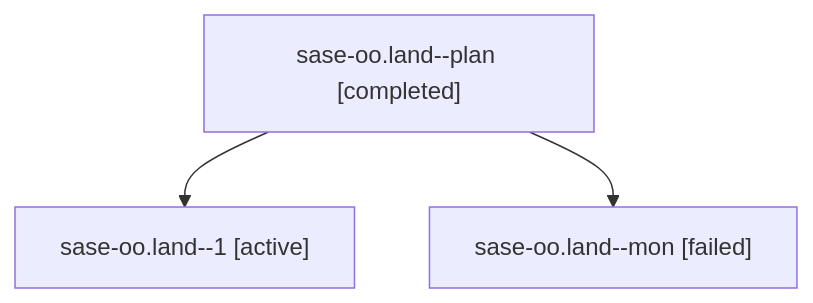
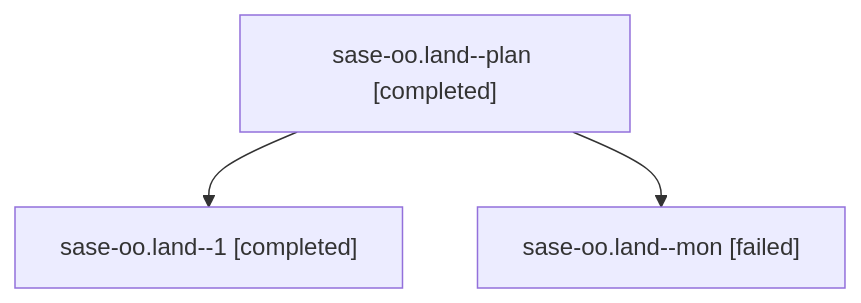
Before and after one commit to sase-org/sase--agents: the diagram in families/bbugyi200.athena.sase-oo.land.md, drawn with Mermaid. The commit also changed other lines of this file and 162 other files, not shown here.

````diff
--- a/families/bbugyi200.athena.sase-oo.land.md
+++ b/families/bbugyi200.athena.sase-oo.land.md
@@ -9,8 +9,8 @@
 ```mermaid
 flowchart TD
   n0["sase-oo.land--plan [completed]"]
-  n1["sase-oo.land--1 [active]"]
+  n1["sase-oo.land--1 [completed]"]
   n0 --> n1
   n2["sase-oo.land--mon [failed]"]
   n0 --> n2
 ```
````
